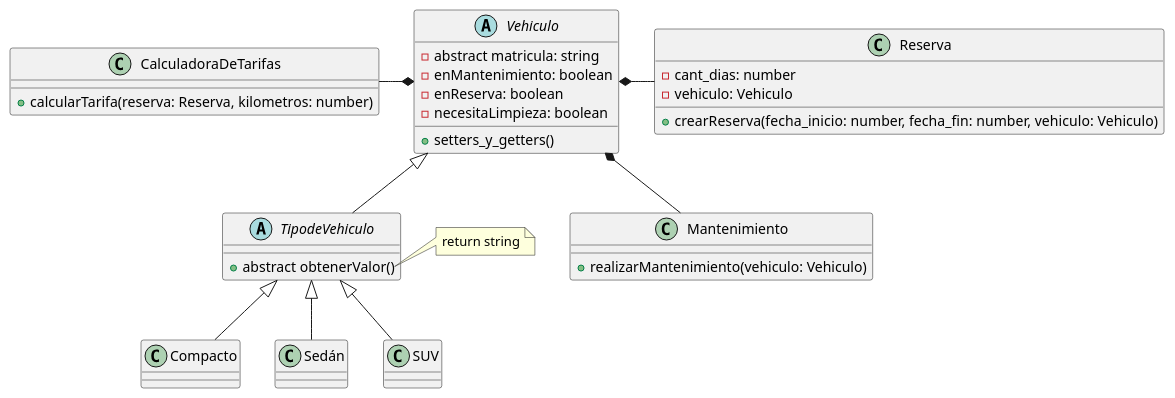
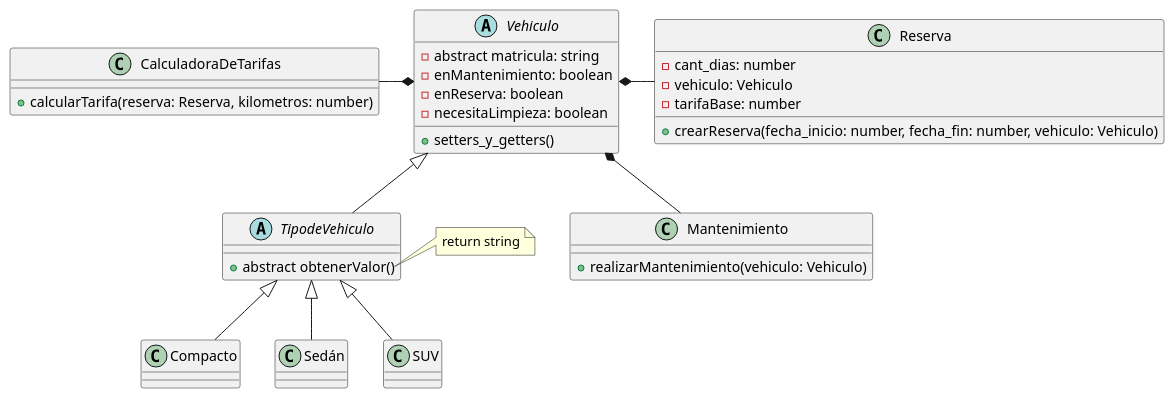
One commit to AlejoSuarez-37/Trabajo-Practico-Grupo16 changed the diagram in diagramas/clases.puml. Above: the diagram before and after it, drawn with PlantUML.

Commit message:
Diagrama de clases 2.1 (tarifa base)

```diff
--- a/diagramas/clases.puml
+++ b/diagramas/clases.puml
@@ -1,61 +1,62 @@
 @startuml
 
 abstract class Vehiculo {
     - abstract matricula: string
     - enMantenimiento: boolean
     - enReserva: boolean
     - necesitaLimpieza: boolean
 
     + setters_y_getters()
 }
 
 class CalculadoraDeTarifas {
     + calcularTarifa(reserva: Reserva, kilometros: number)
 }
 
 class Reserva {
     - cant_dias: number
     - vehiculo: Vehiculo
+    - tarifaBase: number
     + crearReserva(fecha_inicio: number, fecha_fin: number, vehiculo: Vehiculo)
 }
 
 class Mantenimiento {
     + realizarMantenimiento(vehiculo: Vehiculo)
 }
 
 abstract class TipodeVehiculo {
     + abstract obtenerValor()
 }
 
 class Compacto {
 
 }
 class Sedán {
 
 }
 class SUV {
 
 }
 
 ' Relaciones
 
 Vehiculo *-l- CalculadoraDeTarifas
 Vehiculo *-d- Mantenimiento
 Vehiculo *-r- Reserva
 Vehiculo <|-d- TipodeVehiculo
 
 
 TipodeVehiculo <|-- Compacto
 TipodeVehiculo <|-- Sedán
 TipodeVehiculo <|-- SUV
 
 ' Notas
 
 note right of TipodeVehiculo::obtenerValor
     'devuelve un valor de tipo string
     return string
 end note
 
 
 
 @enduml
```
